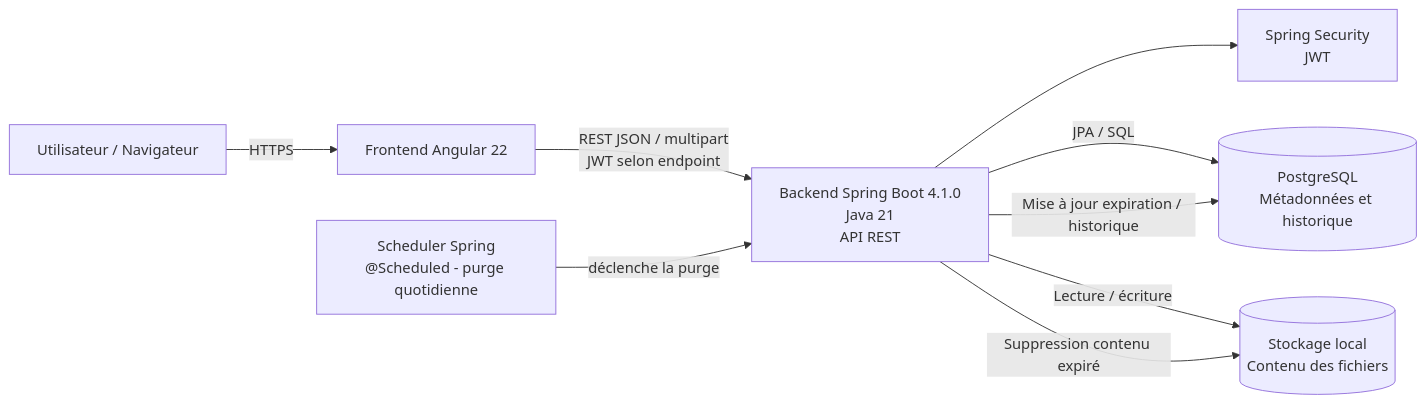
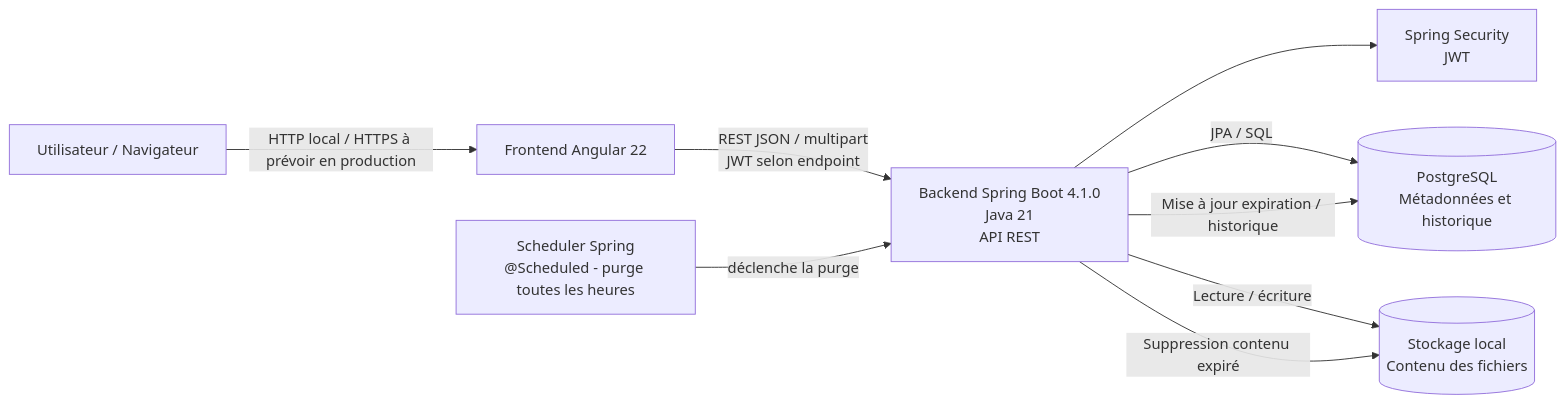
One commit to lolo761012/OCP3-DataShare changed the diagram in docs/architecture/OCP3_ARCHITECTURE.md. Above: the diagram before and after it, drawn with Mermaid. The commit also changed other lines of this file and 3 other files, not shown here.

````diff
--- a/docs/architecture/OCP3_ARCHITECTURE.md
+++ b/docs/architecture/OCP3_ARCHITECTURE.md
@@ -3,21 +3,21 @@
 ```mermaid
 flowchart LR
     U[Utilisateur / Navigateur]
     F[Frontend Angular 22]
     B[Backend Spring Boot 4.1.0<br/>Java 21<br/>API REST]
     DB[(PostgreSQL<br/>Métadonnées et historique)]
     FS[(Stockage local<br/>Contenu des fichiers)]
     JWT[Spring Security<br/>JWT]
-    S[Scheduler Spring<br/>@Scheduled - purge quotidienne]
+    S[Scheduler Spring<br/>@Scheduled - purge toutes les heures]
 
-    U -->|HTTPS| F
+    U -->|HTTP local / HTTPS à prévoir en production| F
     F -->|REST JSON / multipart<br/>JWT selon endpoint| B
 
     B --> JWT
     B -->|JPA / SQL| DB
     B -->|Lecture / écriture| FS
 
     S -->|déclenche la purge| B
     B -->|Mise à jour expiration / historique| DB
     B -->|Suppression contenu expiré| FS
 ```
````
